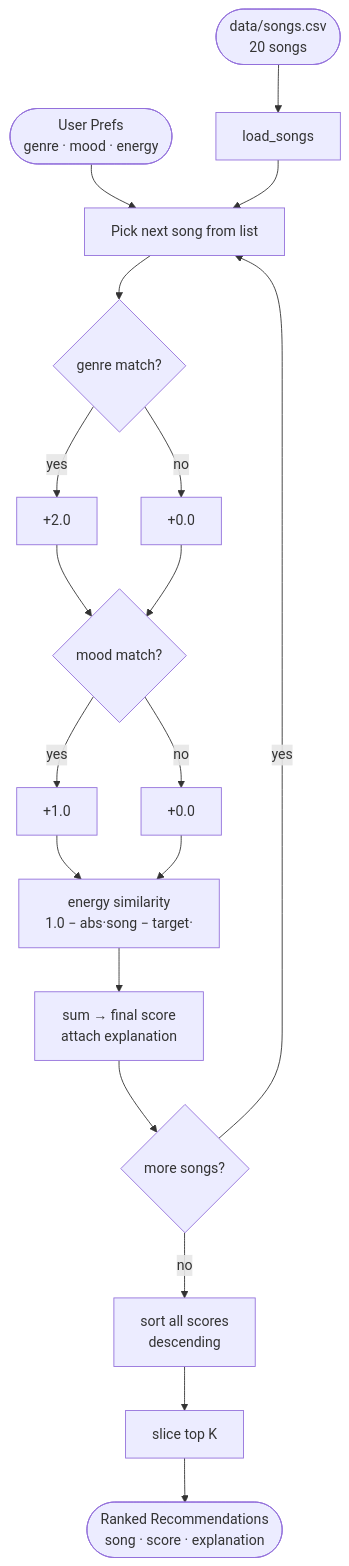
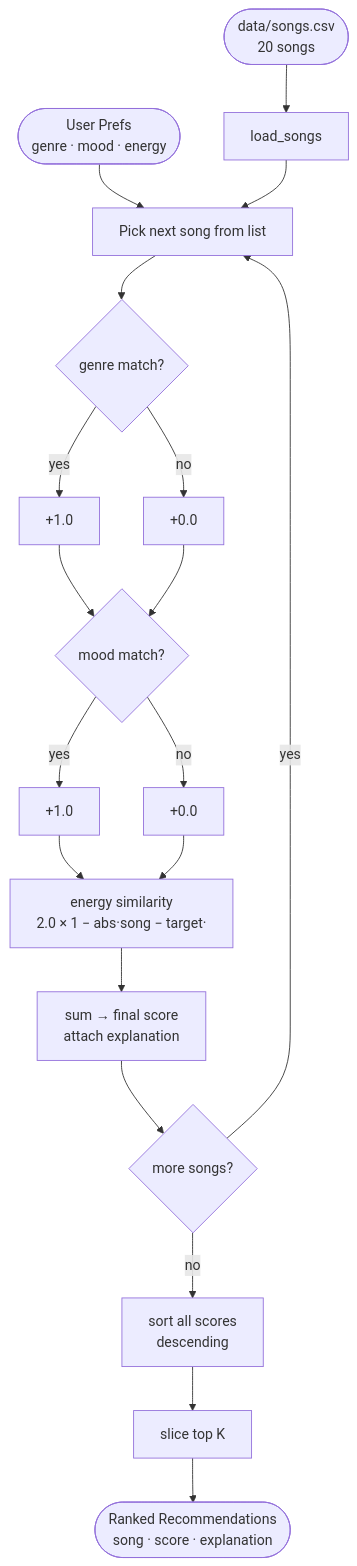
One commit to CalmRaven1/ai110-module3show-musicrecommendersimulation-starter changed the diagram in README.md. Above: the diagram before and after it, drawn with Mermaid. The commit also changed other lines of this file and 4 other files, not shown here.

````diff
--- a/README.md
+++ b/README.md
@@ -66,22 +58,22 @@
 ```mermaid
 flowchart TD
     A([User Prefs\ngenre · mood · energy]) --> C
     B([data/songs.csv\n20 songs]) --> LOAD[load_songs]
     LOAD --> C[Pick next song from list]
 
     C --> D{genre match?}
-    D -- yes --> D1[+2.0]
+    D -- yes --> D1[+1.0]
     D -- no  --> D2[+0.0]
     D1 & D2 --> E{mood match?}
 
     E -- yes --> E1[+1.0]
     E -- no  --> E2[+0.0]
-    E1 & E2 --> F[energy similarity\n1.0 − abs·song − target·]
+    E1 & E2 --> F[energy similarity\n2.0 × 1 − abs·song − target·]
 
     F --> G[sum → final score\nattach explanation]
     G --> H{more songs?}
     H -- yes --> C
     H -- no  --> I[sort all scores\ndescending]
     I --> J[slice top K]
     J --> K([Ranked Recommendations\nsong · score · explanation])
 ```
````
